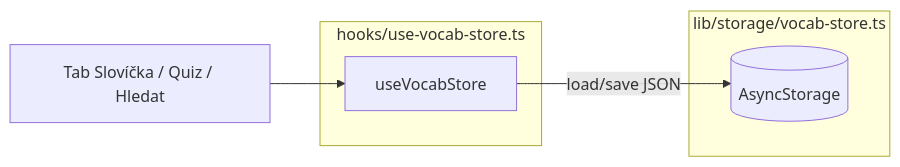
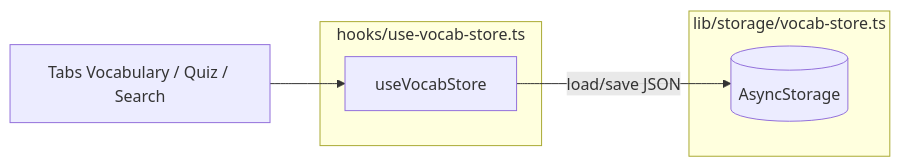
One commit to marekberanek/italiano changed the second of 2 diagrams in ARCHITECTURE.md. Above: the diagram before and after it, drawn with Mermaid. The commit also changed other lines of this file and 68 other files, not shown here.

````diff
--- a/ARCHITECTURE.md
+++ b/ARCHITECTURE.md
@@ -123,11 +122,11 @@
 ```mermaid
 flowchart LR
   subgraph hooks [hooks/use-vocab-store.ts]
     VS[useVocabStore]
   end
   subgraph storage [lib/storage/vocab-store.ts]
     AS[(AsyncStorage)]
   end
   VS -->|load/save JSON| AS
-  AppScreens[Tab Slovíčka / Quiz / Hledat] --> VS
+  AppScreens[Tabs Vocabulary / Quiz / Search] --> VS
 ```
````
